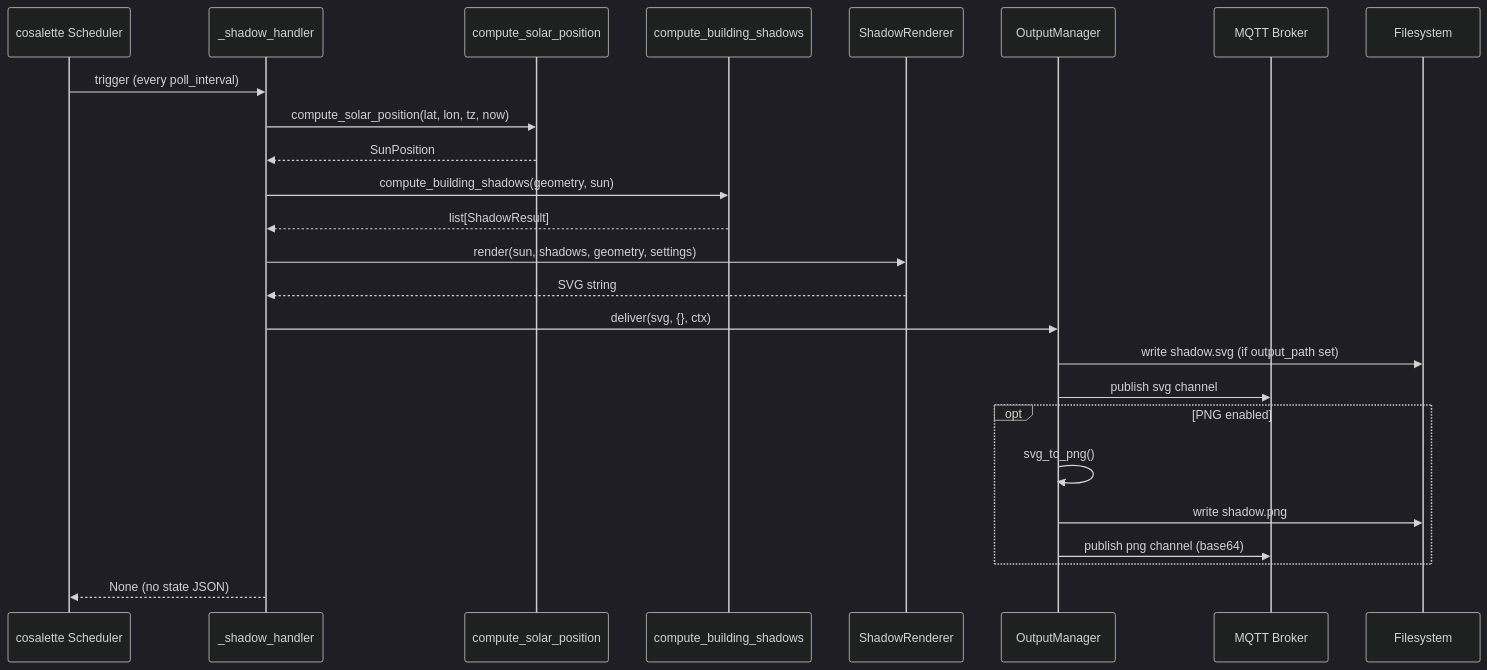
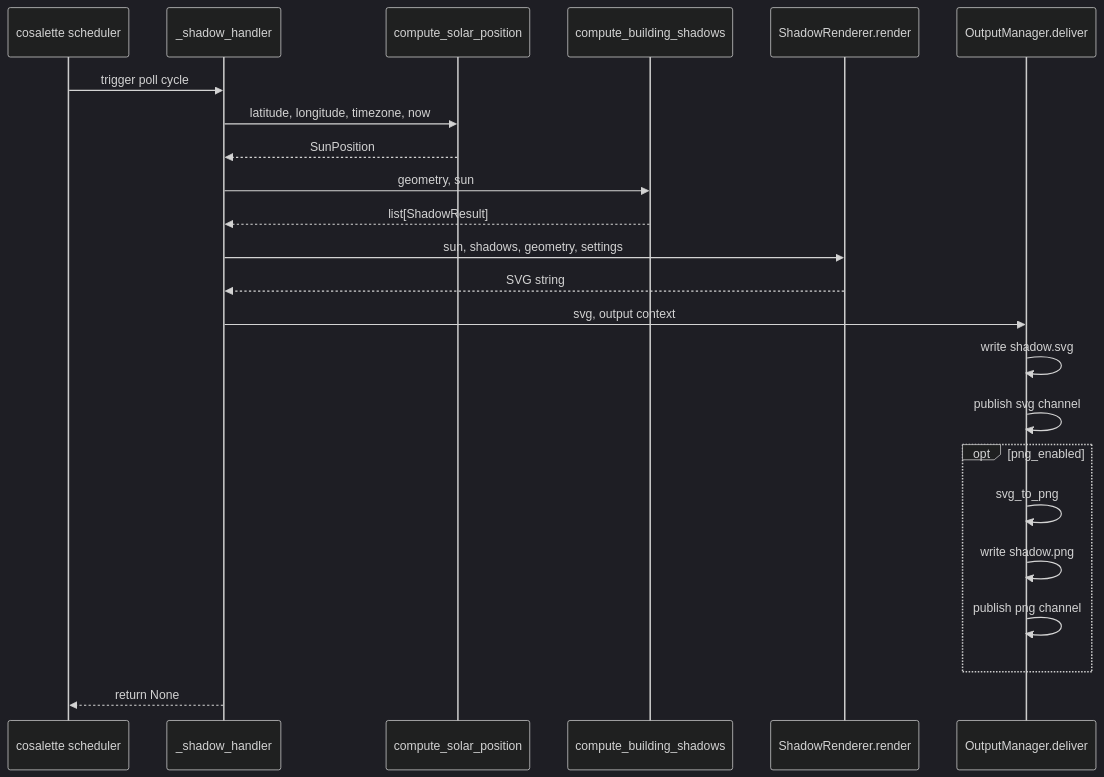
The second of 2 diagrams in apps/suncast/docs/architecture.md (ff-fab/cosalette-apps), drawn with Mermaid (dark theme) before and after one commit. The commit also changed other lines of this file and 23 other files, not shown here.

````diff
--- a/apps/suncast/docs/architecture.md
+++ b/apps/suncast/docs/architecture.md
@@ -101,28 +171,26 @@
 ```mermaid
 sequenceDiagram
-    participant COS as cosalette Scheduler
-    participant H as _shadow_handler
-    participant SOL as compute_solar_position
-    participant SH as compute_building_shadows
-    participant R as ShadowRenderer
-    participant O as OutputManager
-    participant M as MQTT Broker
-    participant FS as Filesystem
+  participant COS as cosalette scheduler
+  participant H as _shadow_handler
+  participant SOL as compute_solar_position
+  participant SH as compute_building_shadows
+  participant R as ShadowRenderer.render
+  participant O as OutputManager.deliver
 
-    COS->>H: trigger (every poll_interval)
-    H->>SOL: compute_solar_position(lat, lon, tz, now)
-    SOL-->>H: SunPosition
-    H->>SH: compute_building_shadows(geometry, sun)
-    SH-->>H: list[ShadowResult]
-    H->>R: render(sun, shadows, geometry, settings)
-    R-->>H: SVG string
-    H->>O: deliver(svg, {}, ctx)
-    O->>FS: write shadow.svg (if output_path set)
-    O->>M: publish svg channel
-    opt PNG enabled
-        O->>O: svg_to_png()
-        O->>FS: write shadow.png
-        O->>M: publish png channel (base64)
-    end
-    H-->>COS: None (no state JSON)
+  COS->>H: trigger poll cycle
+  H->>SOL: latitude, longitude, timezone, now
+  SOL-->>H: SunPosition
+  H->>SH: geometry, sun
+  SH-->>H: list[ShadowResult]
+  H->>R: sun, shadows, geometry, settings
+  R-->>H: SVG string
+  H->>O: svg, output context
+  O->>O: write shadow.svg
+  O->>O: publish svg channel
+  opt png_enabled
+    O->>O: svg_to_png
+    O->>O: write shadow.png
+    O->>O: publish png channel
+  end
+  H-->>COS: return None
 ```
````
